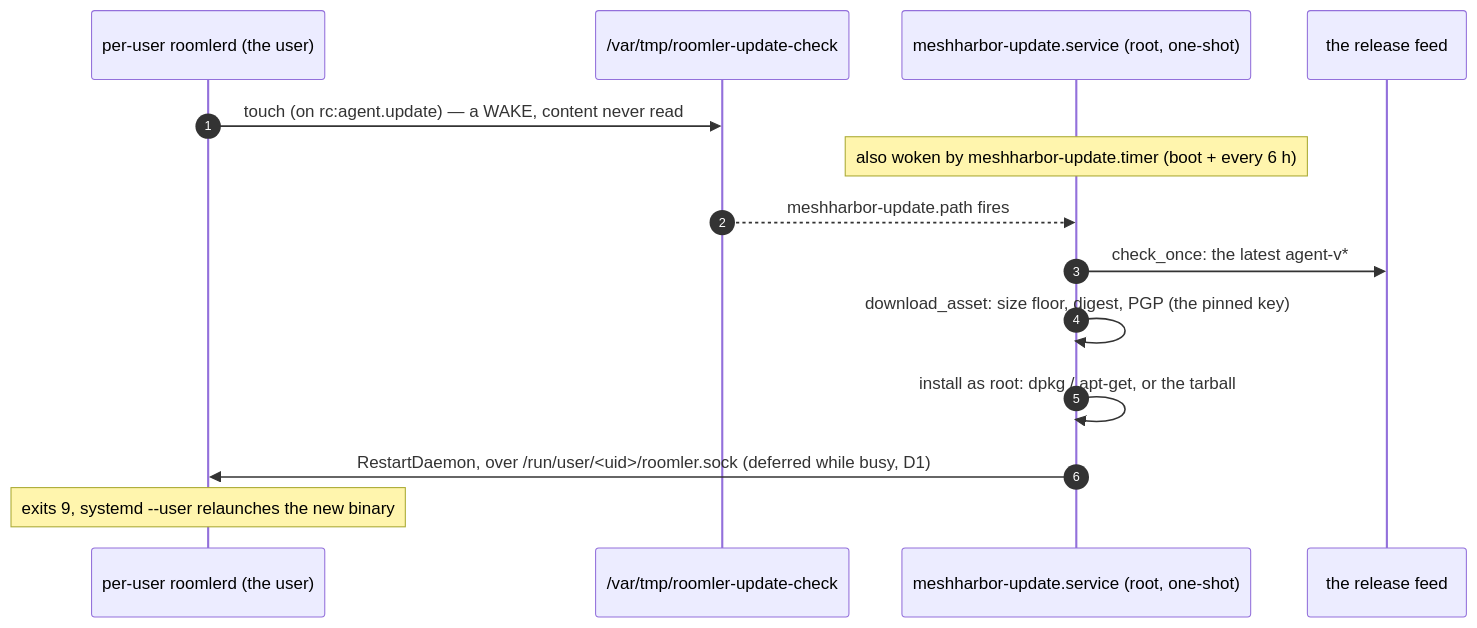
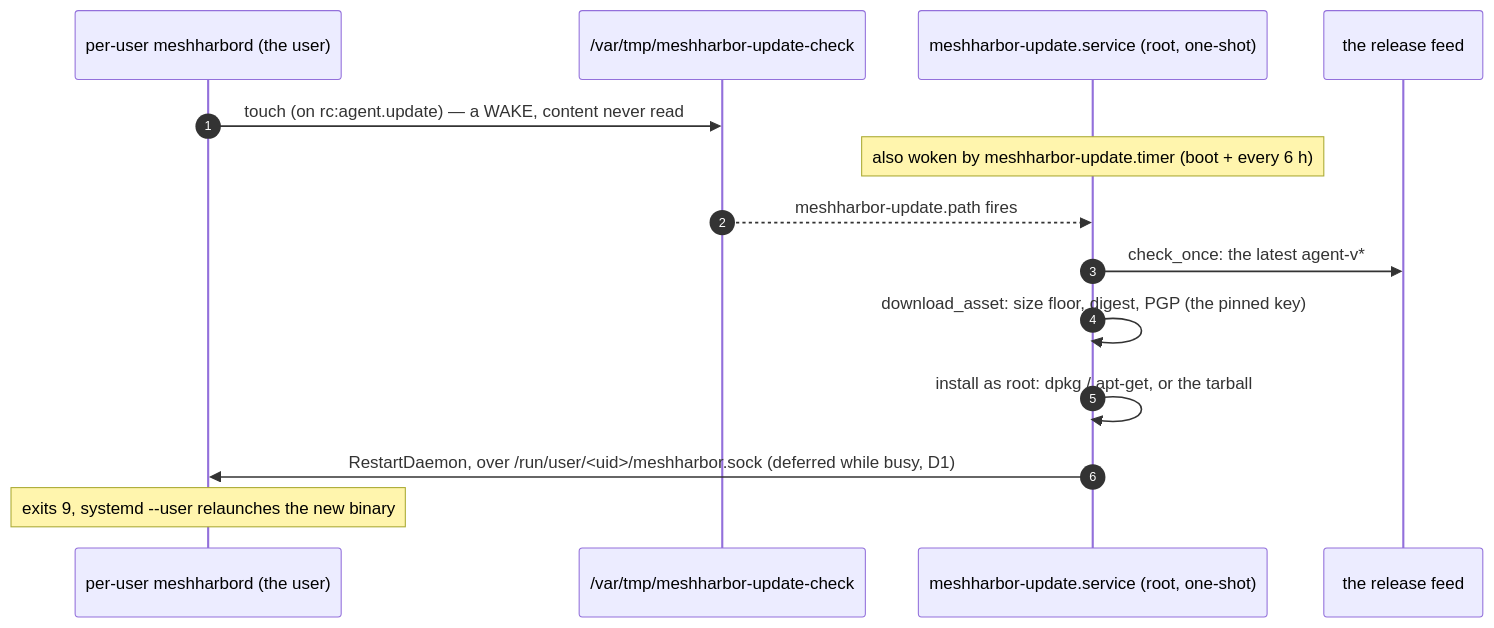
Before and after one commit to jk-zhang-meta/MeshHarbor: the first of 2 diagrams in docs/fr/FR-96-per-user-linux-installs-update-themselves.md, drawn with Mermaid. The commit also changed other lines of this file and 682 other files, not shown here.

````diff
--- a/docs/fr/FR-96-per-user-linux-installs-update-themselves.md
+++ b/docs/fr/FR-96-per-user-linux-installs-update-themselves.md
@@ -60,16 +60,16 @@
 ```mermaid
 sequenceDiagram
     autonumber
-    participant D as per-user roomlerd (the user)
-    participant W as /var/tmp/roomler-update-check
+    participant D as per-user meshharbord (the user)
+    participant W as /var/tmp/meshharbor-update-check
     participant U as meshharbor-update.service (root, one-shot)
     participant R as the release feed
     D->>W: touch (on rc:agent.update) — a WAKE, content never read
     Note over U: also woken by meshharbor-update.timer (boot + every 6 h)
     W-->>U: meshharbor-update.path fires
     U->>R: check_once: the latest agent-v*
     U->>U: download_asset: size floor, digest, PGP (the pinned key)
     U->>U: install as root: dpkg / apt-get, or the tarball
-    U->>D: RestartDaemon, over /run/user/<uid>/roomler.sock (deferred while busy, D1)
+    U->>D: RestartDaemon, over /run/user/<uid>/meshharbor.sock (deferred while busy, D1)
     Note over D: exits 9, systemd --user relaunches the new binary
 ```
````
